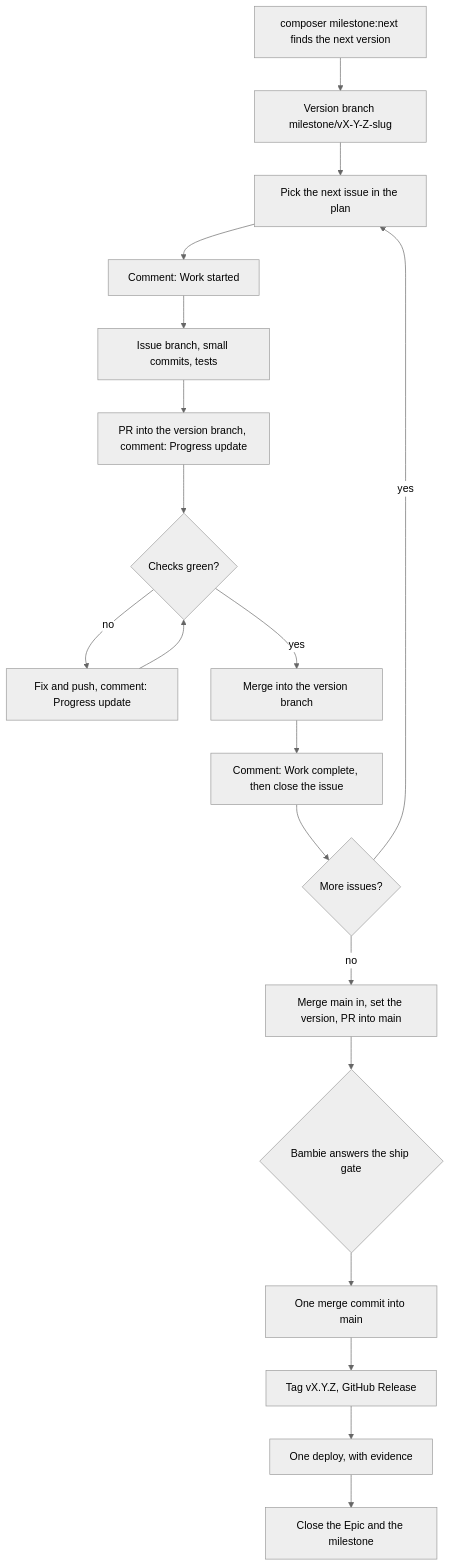
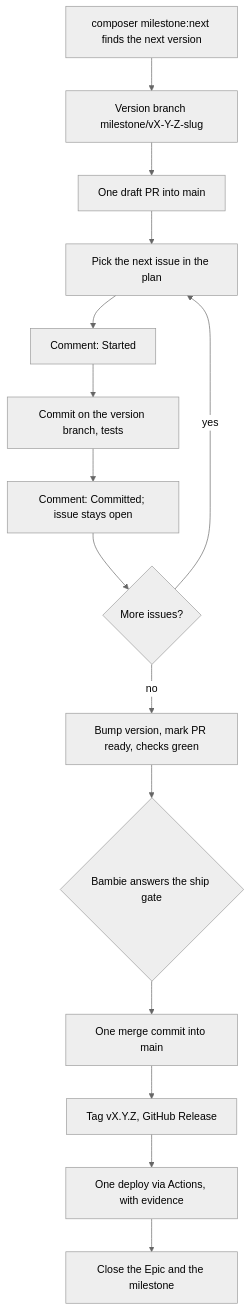
One commit to APESCIC/Exotic.Animal.Shelter.Manager.EASM changed the diagram in CONTRIBUTING.md. Above: the diagram before and after it, drawn with Mermaid (neutral theme). The commit also changed other lines of this file and 2 other files, not shown here.

Commit message:
docs(agents): align shipping docs and work-on-issue with one-branch flow (Refs #218)

````diff
--- a/CONTRIBUTING.md
+++ b/CONTRIBUTING.md
@@ -7,21 +7,17 @@
 ```mermaid
 flowchart TD
     next["composer milestone:next finds the next version"] --> branch["Version branch milestone/vX-Y-Z-slug"]
-    branch --> issue["Pick the next issue in the plan"]
-    issue --> started["Comment: Work started"]
-    started --> work["Issue branch, small commits, tests"]
-    work --> pr["PR into the version branch, comment: Progress update"]
-    pr --> ci{"Checks green?"}
-    ci -->|no| fix["Fix and push, comment: Progress update"]
-    fix --> ci
-    ci -->|yes| merged["Merge into the version branch"]
-    merged --> done["Comment: Work complete, then close the issue"]
-    done --> more{"More issues?"}
+    branch --> draft["One draft PR into main"]
+    draft --> issue["Pick the next issue in the plan"]
+    issue --> started["Comment: Started"]
+    started --> work["Commit on the version branch, tests"]
+    work --> committed["Comment: Committed; issue stays open"]
+    committed --> more{"More issues?"}
     more -->|yes| issue
-    more -->|no| finish["Merge main in, set the version, PR into main"]
+    more -->|no| finish["Bump version, mark PR ready, checks green"]
     finish --> gate{"Bambie answers the ship gate"}
     gate --> mainMerge["One merge commit into main"]
     mainMerge --> release["Tag vX.Y.Z, GitHub Release"]
-    release --> deploy["One deploy, with evidence"]
+    release --> deploy["One deploy via Actions, with evidence"]
     deploy --> closeout["Close the Epic and the milestone"]
 ```
````
